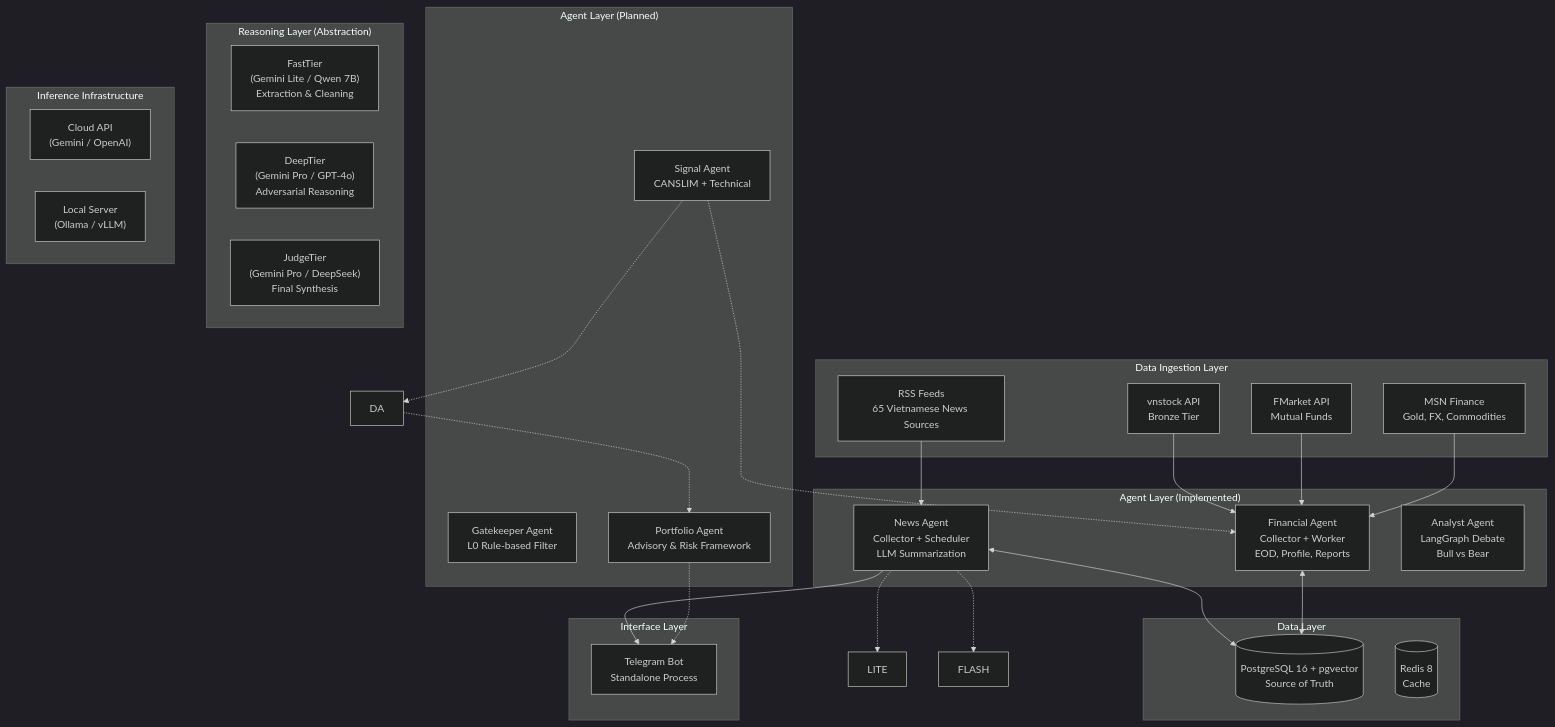
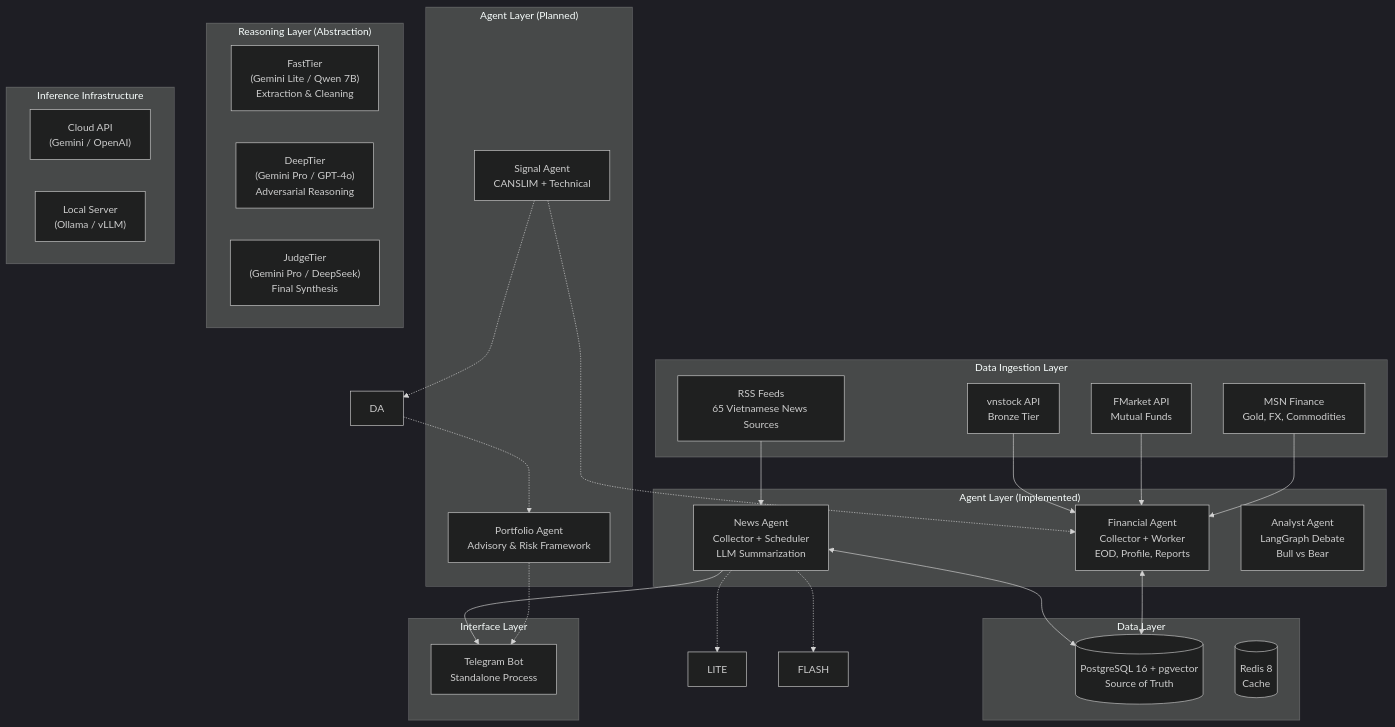
Before and after one commit to nqhuy44/xalpha-researcher: the first of 2 diagrams in docs/ARCHITECTURE.md, drawn with Mermaid (dark theme). The commit also changed other lines of this file and 9 other files, not shown here.

````diff
--- a/docs/ARCHITECTURE.md
+++ b/docs/ARCHITECTURE.md
@@ -19,57 +19,56 @@
 ```mermaid
 graph TB
     subgraph "Data Ingestion Layer"
         VS[vnstock API<br/>Bronze Tier]
         RSS[RSS Feeds<br/>65 Vietnamese News Sources]
         FM[FMarket API<br/>Mutual Funds]
         MSN[MSN Finance<br/>Gold, FX, Commodities]
     end
 
     subgraph "Agent Layer (Implemented)"
         NA["News Agent<br/>Collector + Scheduler<br/>LLM Summarization"]
         FA["Financial Agent<br/>Collector + Worker<br/>EOD, Profile, Reports"]
         AA["Analyst Agent<br/>LangGraph Debate<br/>Bull vs Bear"]
     end
 
     subgraph "Agent Layer (Planned)"
-        GK["Gatekeeper Agent<br/>L0 Rule-based Filter"]
         SA["Signal Agent<br/>CANSLIM + Technical"]
         PA["Portfolio Agent<br/>Advisory & Risk Framework"]
     end
 
     subgraph "Reasoning Layer (Abstraction)"
         FAST["FastTier<br/>(Gemini Lite / Qwen 7B)<br/>Extraction & Cleaning"]
         DEEP["DeepTier<br/>(Gemini Pro / GPT-4o)<br/>Adversarial Reasoning"]
         JUDGE["JudgeTier<br/>(Gemini Pro / DeepSeek)<br/>Final Synthesis"]
     end
 
     subgraph "Inference Infrastructure"
         CLOUD["Cloud API<br/>(Gemini / OpenAI)"]
         LOCAL["Local Server<br/>(Ollama / vLLM)"]
     end
 
     subgraph "Data Layer"
         PG[("PostgreSQL 16 + pgvector<br/>Source of Truth")]
         RD[("Redis 8<br/>Cache")]
     end
 
     subgraph "Interface Layer"
         TG["Telegram Bot<br/>Standalone Process"]
     end
 
     VS --> FA
     RSS --> NA
     FM --> FA
     MSN --> FA
 
     NA -.-> LITE
     NA -.-> FLASH
 
     NA & FA <--> PG
     NA --> TG
 
     SA -.-> FA
     SA -.-> DA
     DA -.-> PA
     PA -.-> TG
 ```
````
